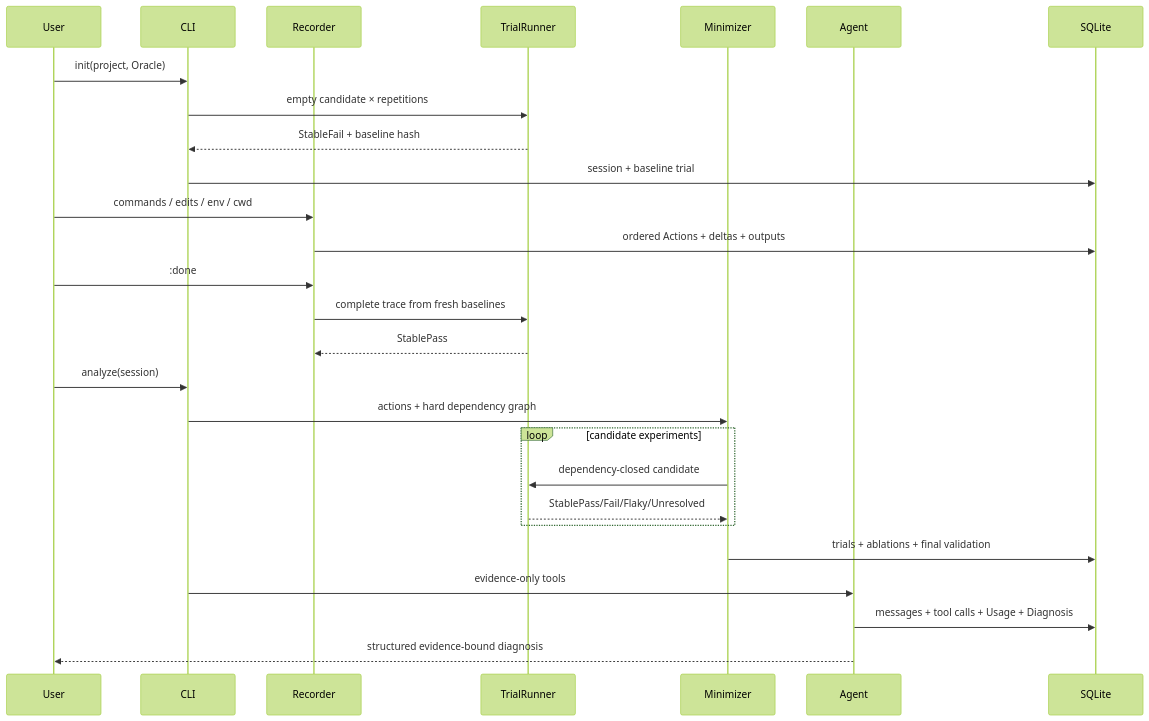
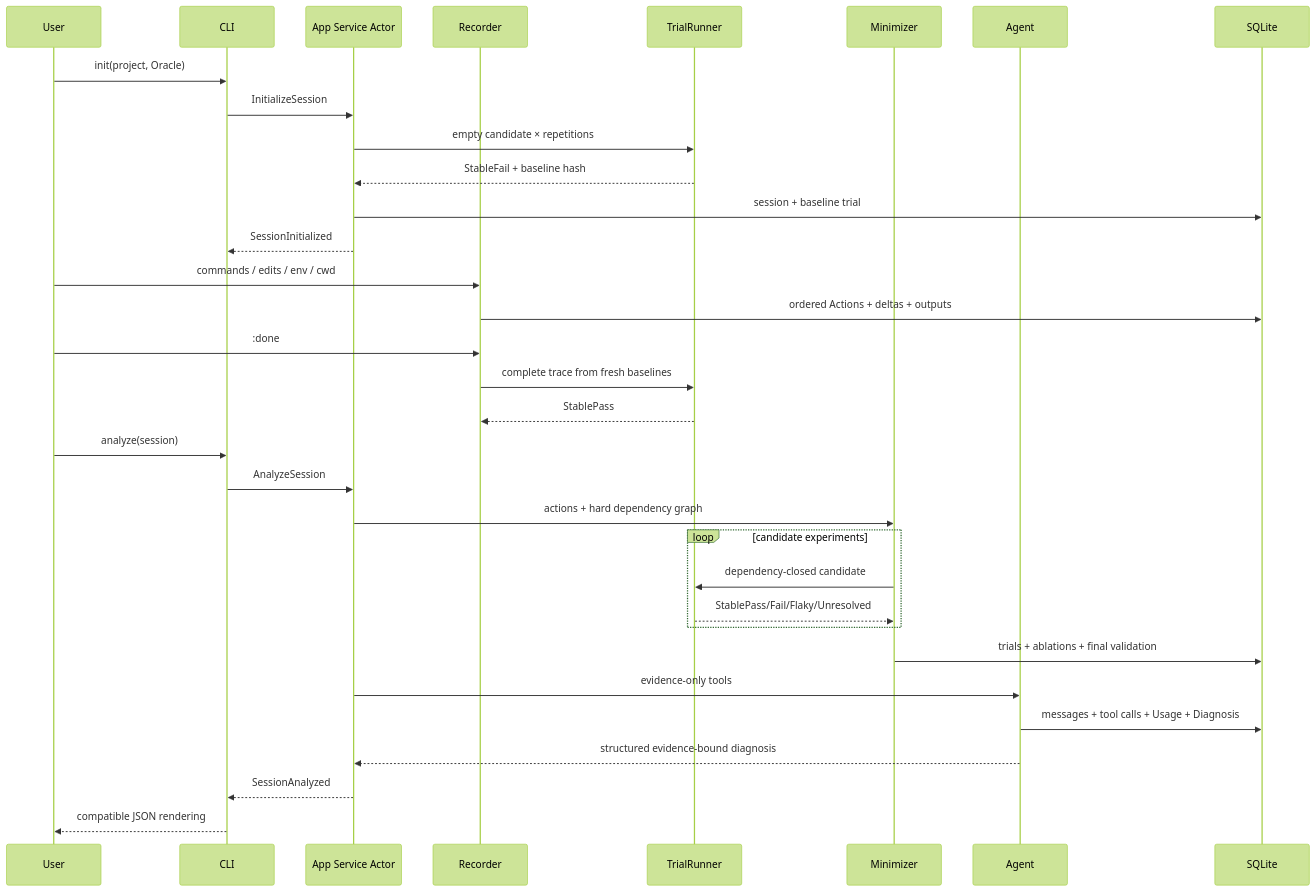
Before and after one commit to oooscarx/fix-trace: the second of 2 diagrams in docs/architecture.md, drawn with Mermaid (forest theme). The commit also changed other lines of this file and 11 other files, not shown here.

Commit message:
refactor: route CLI through the app service

````diff
--- a/docs/architecture.md
+++ b/docs/architecture.md
@@ -26,30 +29,36 @@
 ```mermaid
 sequenceDiagram
     participant User
     participant CLI
+    participant App as App Service Actor
     participant Recorder
     participant TrialRunner
     participant Minimizer
     participant Agent
     participant DB as SQLite
 
     User->>CLI: init(project, Oracle)
-    CLI->>TrialRunner: empty candidate × repetitions
-    TrialRunner-->>CLI: StableFail + baseline hash
-    CLI->>DB: session + baseline trial
+    CLI->>App: InitializeSession
+    App->>TrialRunner: empty candidate × repetitions
+    TrialRunner-->>App: StableFail + baseline hash
+    App->>DB: session + baseline trial
+    App-->>CLI: SessionInitialized
     User->>Recorder: commands / edits / env / cwd
     Recorder->>DB: ordered Actions + deltas + outputs
     User->>Recorder: :done
     Recorder->>TrialRunner: complete trace from fresh baselines
     TrialRunner-->>Recorder: StablePass
     User->>CLI: analyze(session)
-    CLI->>Minimizer: actions + hard dependency graph
+    CLI->>App: AnalyzeSession
+    App->>Minimizer: actions + hard dependency graph
     loop candidate experiments
         Minimizer->>TrialRunner: dependency-closed candidate
         TrialRunner-->>Minimizer: StablePass/Fail/Flaky/Unresolved
     end
     Minimizer->>DB: trials + ablations + final validation
-    CLI->>Agent: evidence-only tools
+    App->>Agent: evidence-only tools
     Agent->>DB: messages + tool calls + Usage + Diagnosis
-    Agent-->>User: structured evidence-bound diagnosis
+    Agent-->>App: structured evidence-bound diagnosis
+    App-->>CLI: SessionAnalyzed
+    CLI-->>User: compatible JSON rendering
 ```
````
